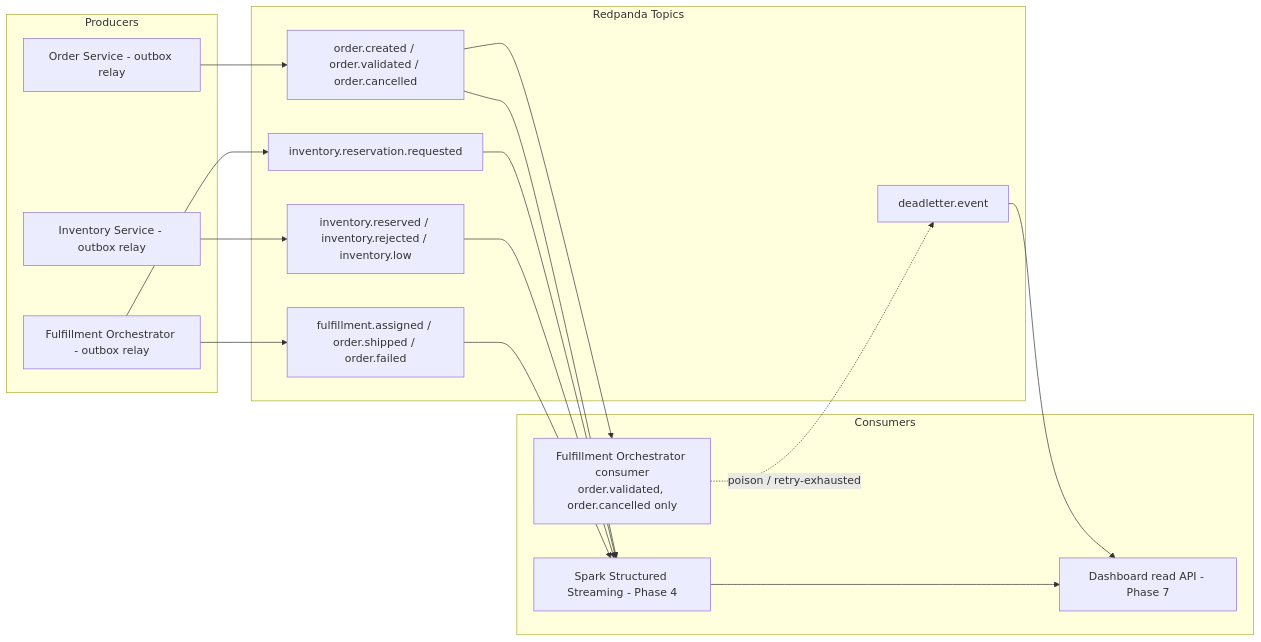
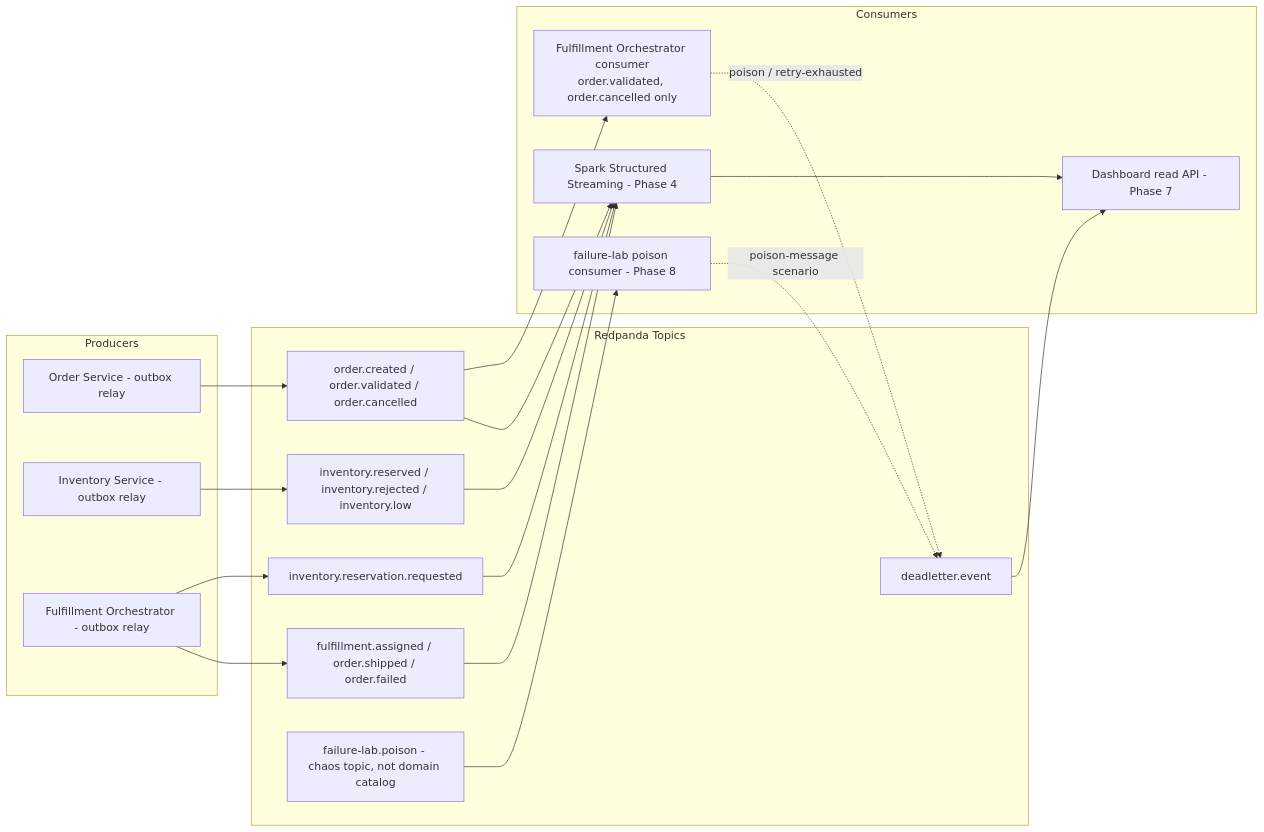
Before and after one commit to SamudralaAjaykumarrr/omniflow: the sixth of 9 diagrams in docs/architecture.md, drawn with Mermaid. The commit also changed other lines of this file and 39 other files, not shown here.

````diff
--- a/docs/architecture.md
+++ b/docs/architecture.md
@@ -193,29 +247,33 @@
 ```mermaid
 flowchart LR
   subgraph Producers
     OS[Order Service - outbox relay]
     INV[Inventory Service - outbox relay]
     ORCH[Fulfillment Orchestrator - outbox relay]
   end
   subgraph Redpanda Topics
     T1[order.created / order.validated / order.cancelled]
     T2[inventory.reservation.requested]
     T3[inventory.reserved / inventory.rejected / inventory.low]
     T4[fulfillment.assigned / order.shipped / order.failed]
     DLQ[deadletter.event]
+    POISONT[failure-lab.poison - chaos topic, not domain catalog]
   end
   subgraph Consumers
     ORCHC[Fulfillment Orchestrator consumer<br/>order.validated, order.cancelled only]
     SPARK[Spark Structured Streaming - Phase 4]
     DASH[Dashboard read API - Phase 7]
+    POISON[failure-lab poison consumer - Phase 8]
   end
 
   OS --> T1 --> ORCHC
   ORCH --> T2
   INV --> T3
   ORCH --> T4
   T1 & T2 & T3 & T4 --> SPARK
   ORCHC -. poison / retry-exhausted .-> DLQ
   DLQ --> DASH
   SPARK --> DASH
+  POISONT --> POISON
+  POISON -. poison-message scenario .-> DLQ
 ```
````
